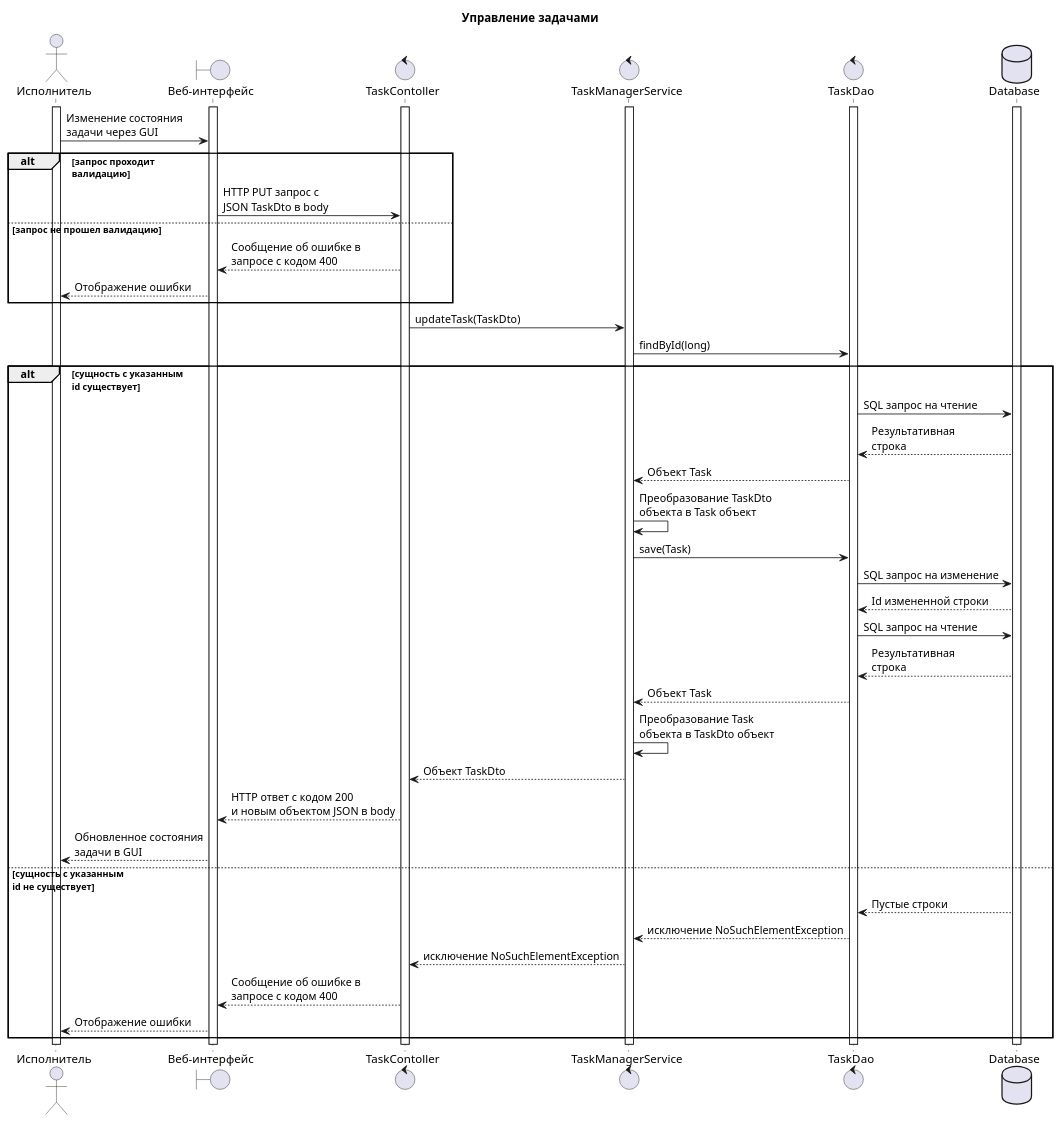
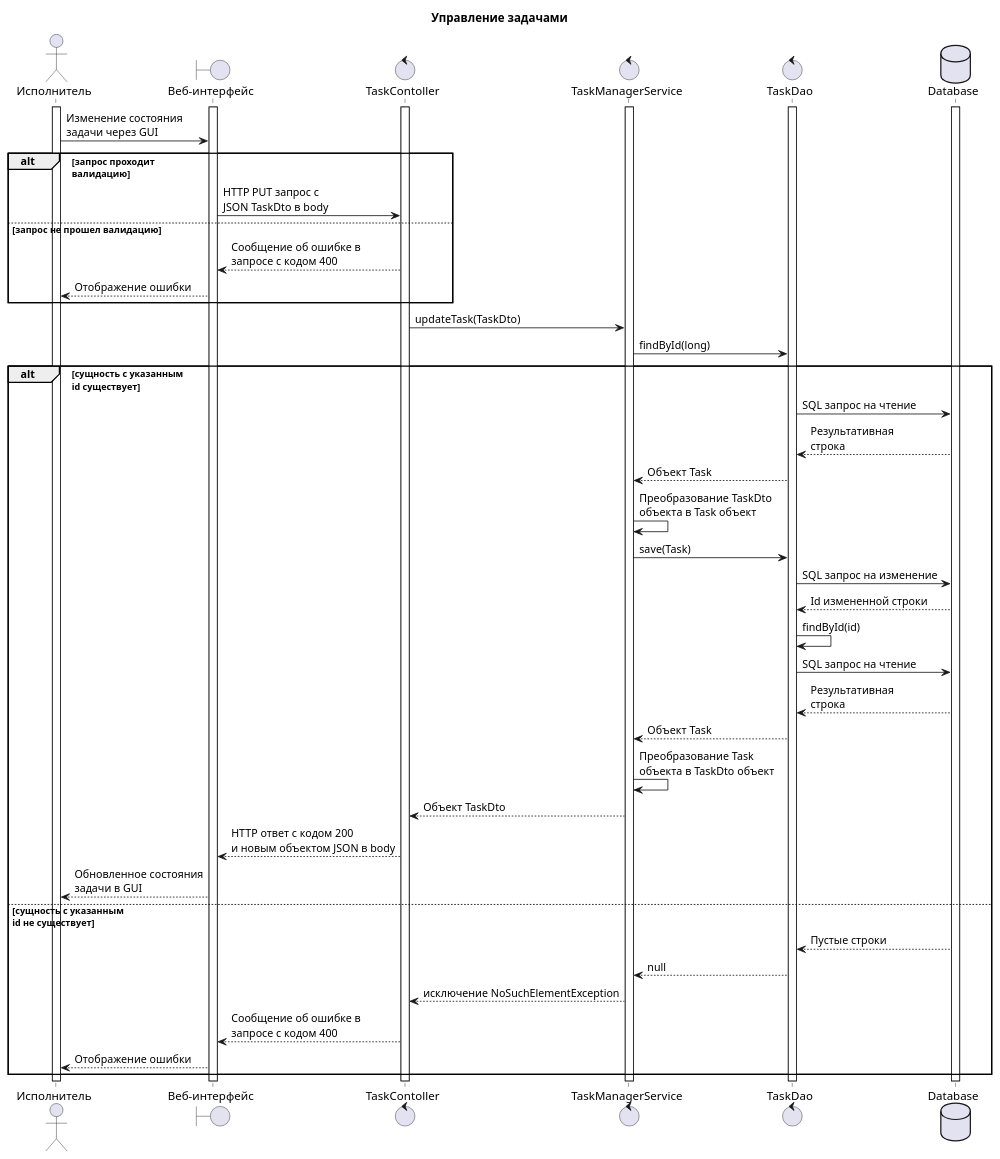
The diagram in Sequence/manage-task-sequence.wsd (penamarth/bsbo-02-21_team_var7_erp), drawn with PlantUML before and after one commit. The commit also changed 2 other files, not shown here.

```diff
--- a/Sequence/manage-task-sequence.wsd
+++ b/Sequence/manage-task-sequence.wsd
@@ -1,51 +1,52 @@
 @startuml sequence
 title Управление задачами
 
 actor Исполнитель as exec
 boundary "Веб-интерфейс" as site
 control TaskContoller as tcont
 control TaskManagerService as tmserv
 control TaskDao as tdao
 database Database as db
 
 activate exec
 activate site
 activate db
 activate tcont
 activate tmserv
 activate tdao
 exec -> site : Изменение состояния\nзадачи через GUI
 
 alt запрос проходит\nвалидацию
 site -> tcont : HTTP PUT запрос с\nJSON TaskDto в body
 else запрос не прошел валидацию
 site <-- tcont : Сообщение об ошибке в\nзапросе с кодом 400
 exec <-- site : Отображение ошибки
 end
 tcont -> tmserv : updateTask(TaskDto)
 tmserv -> tdao : findById(long)
 
 alt сущность с указанным\nid существует
 tdao -> db : SQL запрос на чтение
 tdao <-- db : Результативная\nстрока
 tmserv <-- tdao : Объект Task
 tmserv -> tmserv : Преобразование TaskDto\nобъекта в Task объект
 tmserv -> tdao : save(Task)
 tdao -> db : SQL запрос на изменение
 tdao <-- db : Id измененной строки
+tdao -> tdao : findById(id)
 tdao -> db : SQL запрос на чтение
 tdao <-- db : Результативная\nстрока
 tmserv <-- tdao : Объект Task
 tmserv -> tmserv : Преобразование Task\nобъекта в TaskDto объект
 tcont <-- tmserv : Объект TaskDto
 site <-- tcont : HTTP ответ с кодом 200\nи новым объектом JSON в body
 exec <-- site : Обновленное состояния\nзадачи в GUI
 else сущность с указанным\nid не существует
 tdao <-- db : Пустые строки
-tmserv <-- tdao : исключение NoSuchElementException
+tmserv <-- tdao : null
 tcont <-- tmserv : исключение NoSuchElementException
 site <-- tcont : Сообщение об ошибке в\nзапросе с кодом 400
 exec <-- site : Отображение ошибки
 end
 
 @enduml
```
